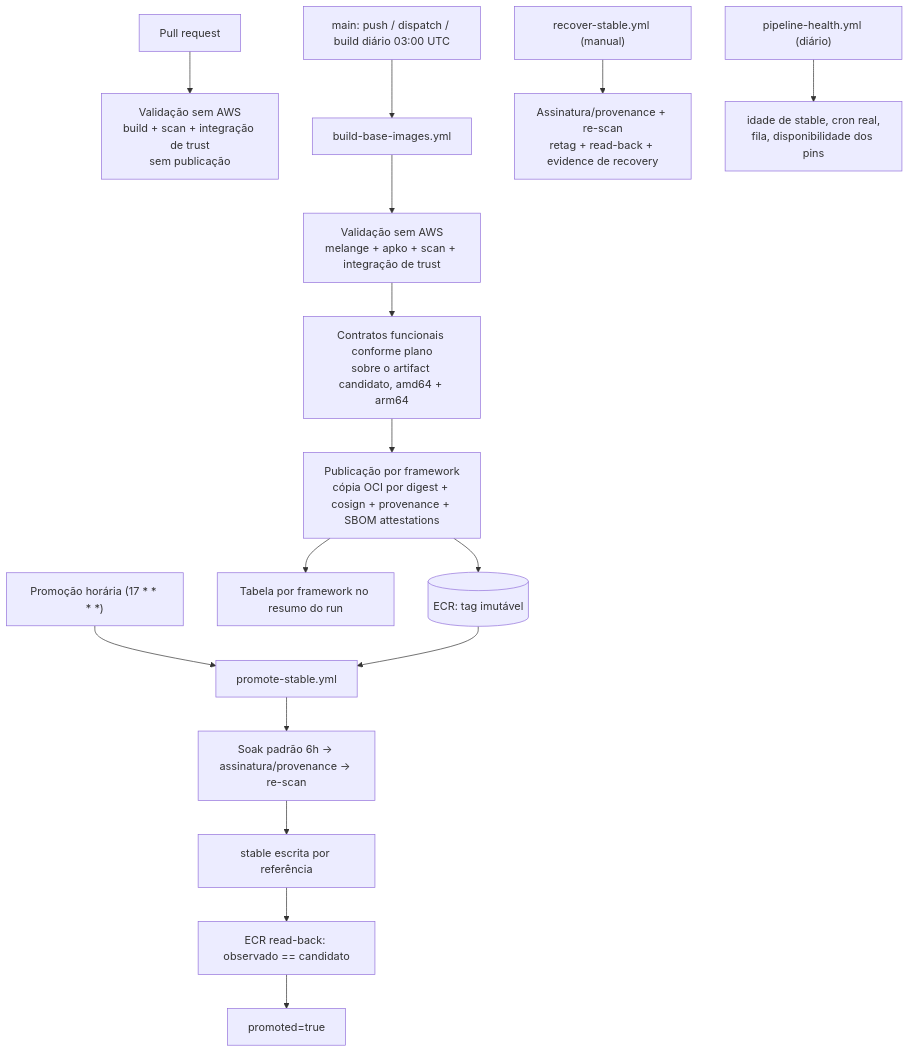
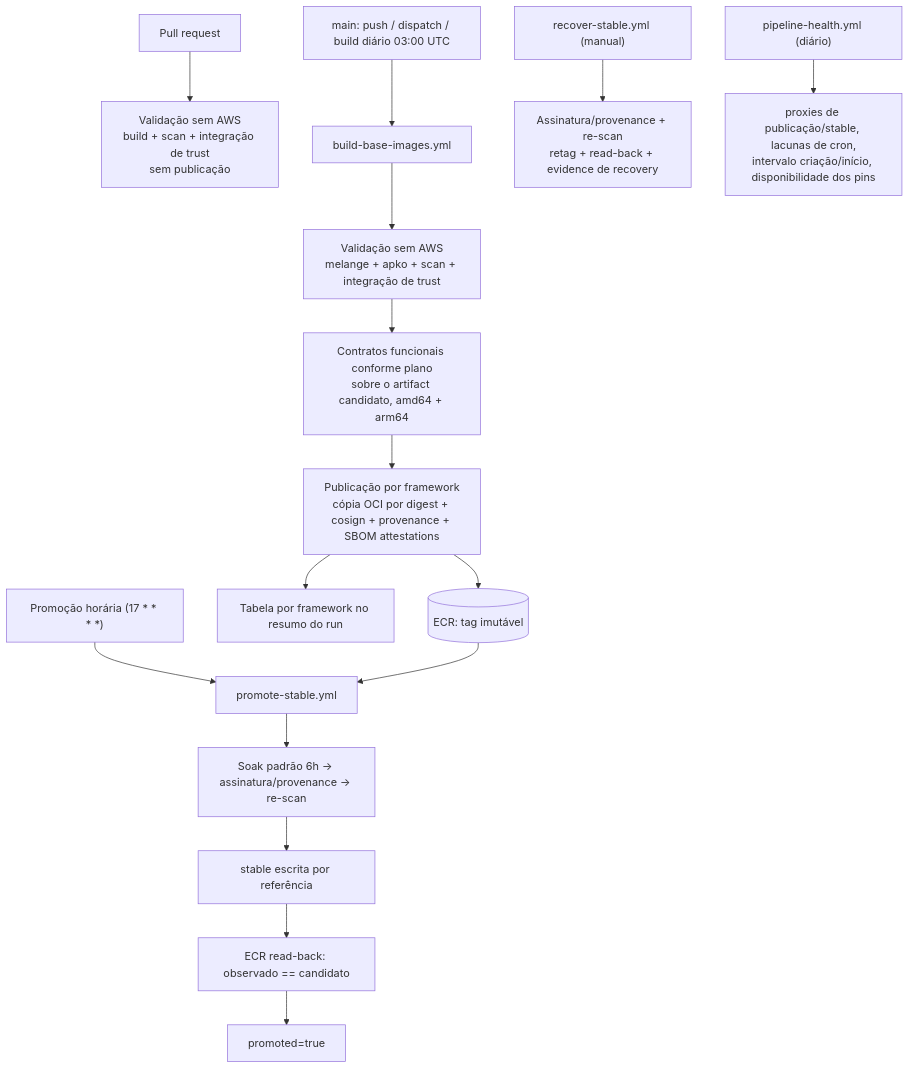
Before and after one commit to alric-corp/alric-containers-image-base: the first of 3 diagrams in RFC-013-Image-Base-Completa-com-Mermaid.md, drawn with Mermaid. The commit also changed other lines of this file and 10 other files, not shown here.

````diff
--- a/RFC-013-Image-Base-Completa-com-Mermaid.md
+++ b/RFC-013-Image-Base-Completa-com-Mermaid.md
@@ -99,18 +99,18 @@
 ```mermaid
 flowchart TD
     PR["Pull request"] --> PRV["Validação sem AWS<br/>build + scan + integração de trust<br/>sem publicação"]
     MAIN["main: push / dispatch / build diário 03:00 UTC"] --> B["build-base-images.yml"]
     B --> V["Validação sem AWS<br/>melange + apko + scan + integração de trust"]
     V --> C["Contratos funcionais conforme plano<br/>sobre o artifact candidato, amd64 + arm64"]
     C --> PUB["Publicação por framework<br/>cópia OCI por digest + cosign + provenance + SBOM attestations"]
     PUB --> ECR[("ECR: tag imutável")]
     PUB --> SUM["Tabela por framework no resumo do run"]
     H["Promoção horária (17 * * * *)"] --> P["promote-stable.yml"]
     ECR --> P
     P --> GATE["Soak padrão 6h → assinatura/provenance → re-scan"]
     GATE --> WRITE["stable escrita por referência"]
     WRITE --> READBACK["ECR read-back: observado == candidato"]
     READBACK --> STABLE["promoted=true"]
     REC["recover-stable.yml (manual)"] --> RV["Assinatura/provenance + re-scan<br/>retag + read-back + evidence de recovery"]
-    HEALTH["pipeline-health.yml (diário)"] --> ALERT["idade de stable, cron real,<br/>fila, disponibilidade dos pins"]
+    HEALTH["pipeline-health.yml (diário)"] --> ALERT["proxies de publicação/stable, lacunas de cron,<br/>intervalo criação/início, disponibilidade dos pins"]
 ```
````
